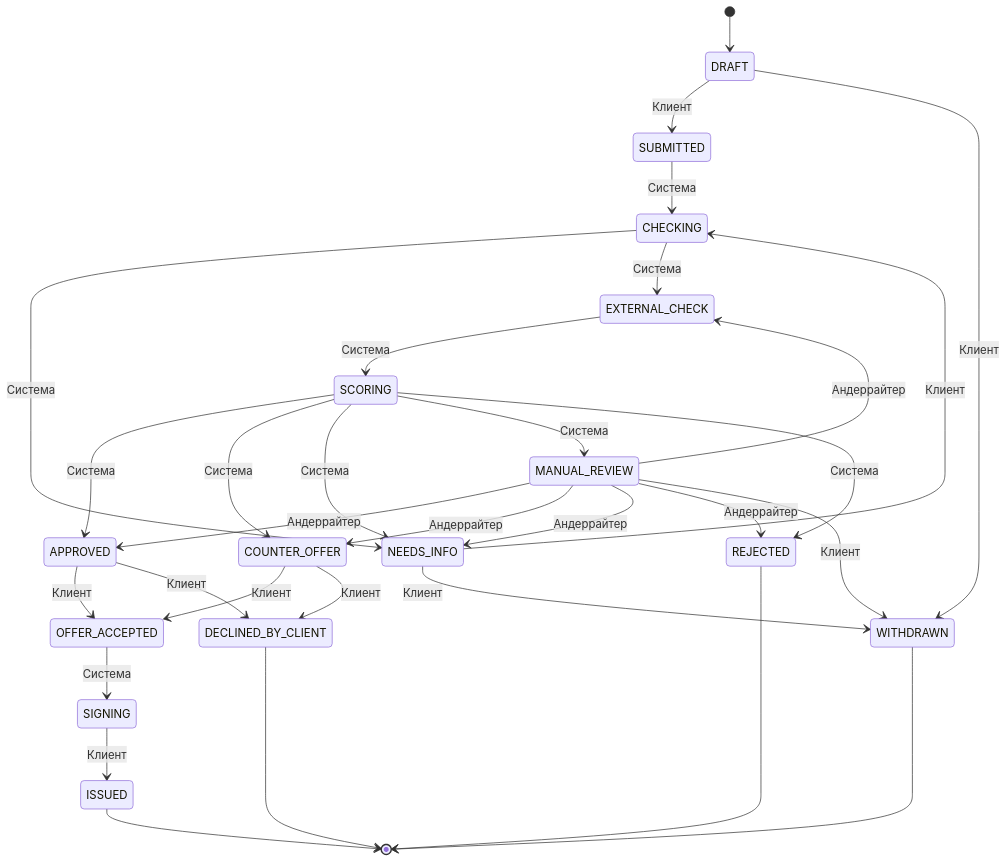
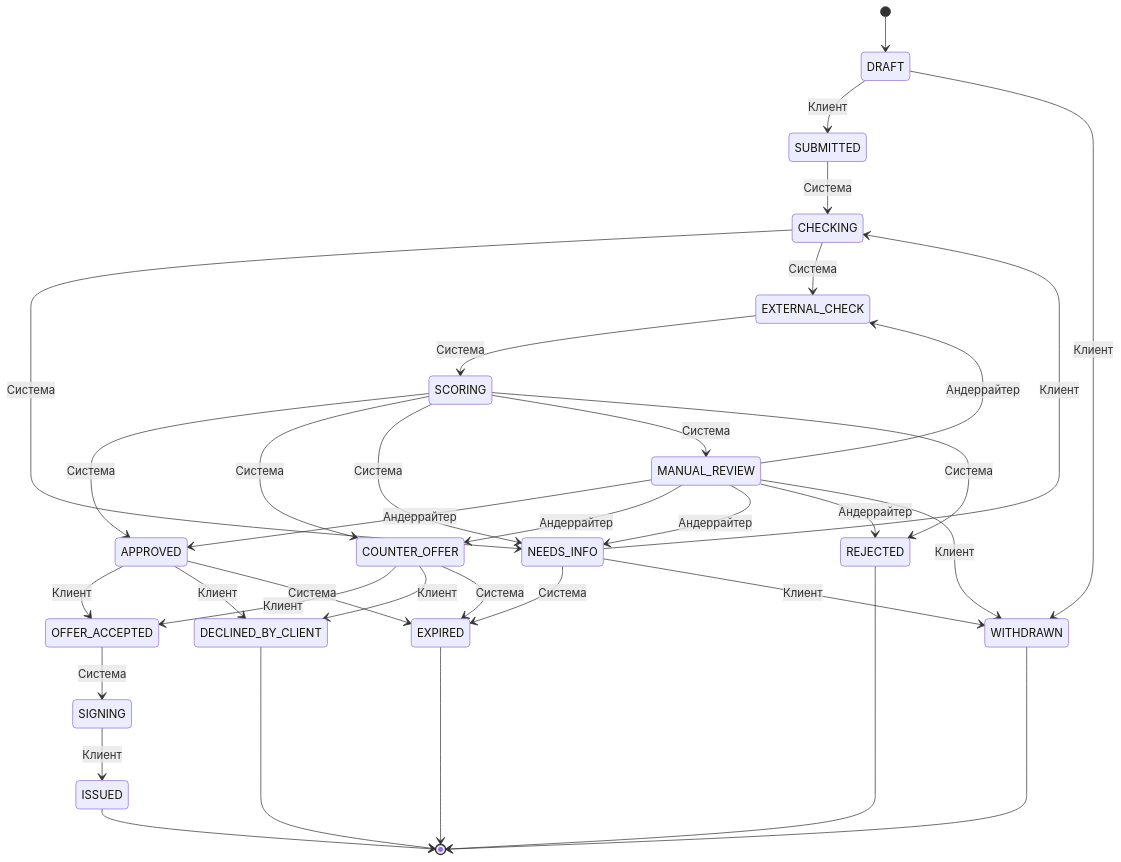
The diagram in docs/state-machine.md (mivlabs/personal-credit-account), drawn with Mermaid before and after one commit. The commit also changed other lines of this file and 29 other files, not shown here.

````diff
--- a/docs/state-machine.md
+++ b/docs/state-machine.md
@@ -60,33 +64,37 @@
 ```mermaid
 stateDiagram-v2
     [*] --> DRAFT
     DRAFT --> SUBMITTED: Клиент
     SUBMITTED --> CHECKING: Система
     CHECKING --> NEEDS_INFO: Система
     CHECKING --> EXTERNAL_CHECK: Система
     NEEDS_INFO --> CHECKING: Клиент
     EXTERNAL_CHECK --> SCORING: Система
     SCORING --> APPROVED: Система
     SCORING --> COUNTER_OFFER: Система
     SCORING --> NEEDS_INFO: Система
     SCORING --> MANUAL_REVIEW: Система
     SCORING --> REJECTED: Система
     MANUAL_REVIEW --> APPROVED: Андеррайтер
     MANUAL_REVIEW --> COUNTER_OFFER: Андеррайтер
     MANUAL_REVIEW --> NEEDS_INFO: Андеррайтер
     MANUAL_REVIEW --> REJECTED: Андеррайтер
     MANUAL_REVIEW --> EXTERNAL_CHECK: Андеррайтер
     APPROVED --> OFFER_ACCEPTED: Клиент
     APPROVED --> DECLINED_BY_CLIENT: Клиент
     COUNTER_OFFER --> OFFER_ACCEPTED: Клиент
     COUNTER_OFFER --> DECLINED_BY_CLIENT: Клиент
+    APPROVED --> EXPIRED: Система
+    COUNTER_OFFER --> EXPIRED: Система
+    NEEDS_INFO --> EXPIRED: Система
     DRAFT --> WITHDRAWN: Клиент
     NEEDS_INFO --> WITHDRAWN: Клиент
     MANUAL_REVIEW --> WITHDRAWN: Клиент
     OFFER_ACCEPTED --> SIGNING: Система
     SIGNING --> ISSUED: Клиент
     REJECTED --> [*]
     ISSUED --> [*]
     DECLINED_BY_CLIENT --> [*]
     WITHDRAWN --> [*]
+    EXPIRED --> [*]
 ```
````
